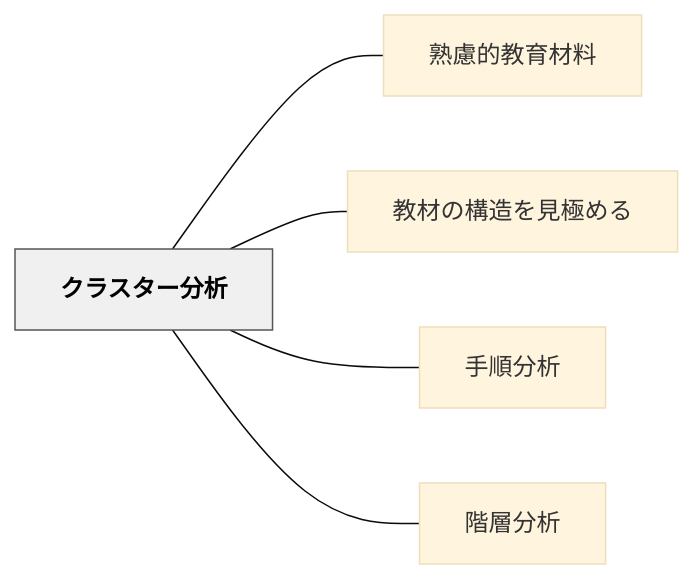
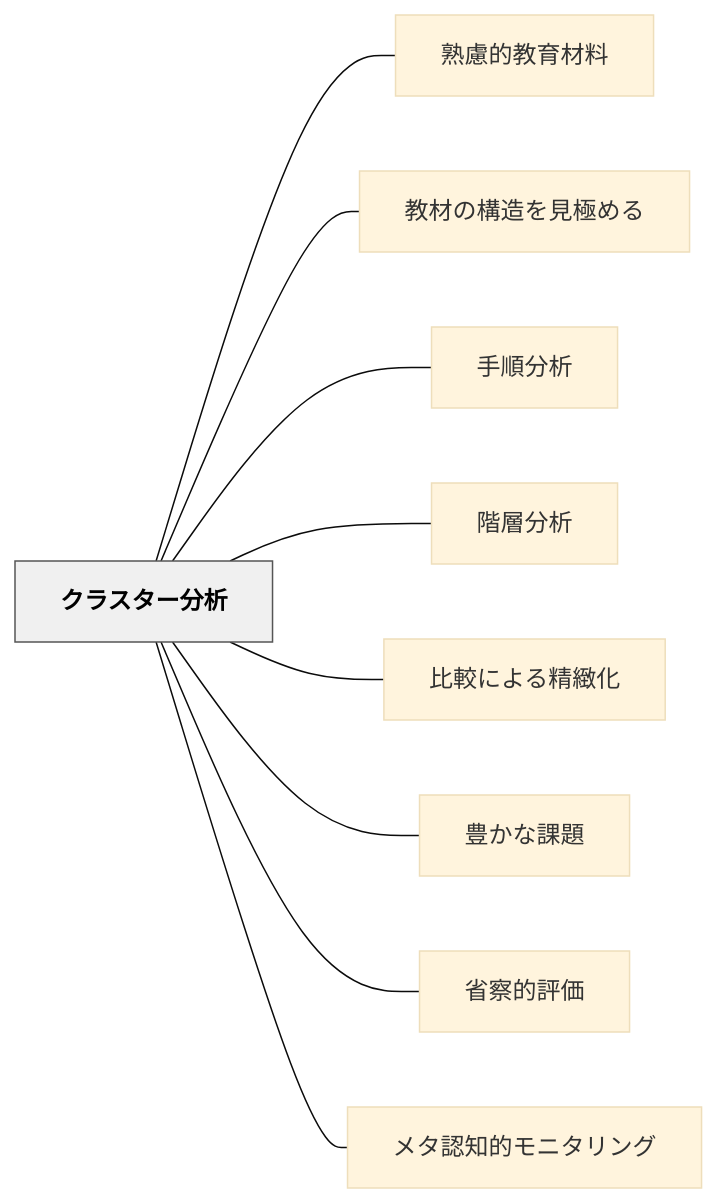
Before and after one commit to unknownthings-ed-patterns/unknownthings-ed-patterns: the diagram in content/パタン/クラスター分析.md, drawn with Mermaid (base theme). The commit also changed other lines of this file and 36 other files, not shown here.

````diff
--- a/content/パタン/クラスター分析.md
+++ b/content/パタン/クラスター分析.md
@@ -44,16 +48,24 @@
 ```mermaid
 flowchart LR
     ne382afe383a9e382b9e382bfe383bce58886e69e90["クラスター分析"]
     ne7869fe685aee79a84e69599e882b2e69d90e69699["熟慮的教育材料"]
     ne69599e69d90e381aee6a78be980a0e38292e8a68be6a5b5e38281e3828b["教材の構造を見極める"]
     ne6898be9a086e58886e69e90["手順分析"]
     ne99a8ee5b1a4e58886e69e90["階層分析"]
+    ne6af94e8bc83e381abe38288e3828be7b2bee7b7bbe58c96["比較による精緻化"]
+    ne8b18ae3818be381aae8aab2e9a18c["豊かな課題"]
+    ne79c81e5af9fe79a84e8a995e4bea1["省察的評価"]
+    ne383a1e382bfe8aa8de79fa5e79a84e383a2e3838be382bfe383aae383b3e382b0["メタ認知的モニタリング"]
 
     ne382afe383a9e382b9e382bfe383bce58886e69e90 --- ne7869fe685aee79a84e69599e882b2e69d90e69699
     ne382afe383a9e382b9e382bfe383bce58886e69e90 --- ne69599e69d90e381aee6a78be980a0e38292e8a68be6a5b5e38281e3828b
     ne382afe383a9e382b9e382bfe383bce58886e69e90 --- ne6898be9a086e58886e69e90
     ne382afe383a9e382b9e382bfe383bce58886e69e90 --- ne99a8ee5b1a4e58886e69e90
+    ne382afe383a9e382b9e382bfe383bce58886e69e90 --- ne6af94e8bc83e381abe38288e3828be7b2bee7b7bbe58c96
+    ne382afe383a9e382b9e382bfe383bce58886e69e90 --- ne8b18ae3818be381aae8aab2e9a18c
+    ne382afe383a9e382b9e382bfe383bce58886e69e90 --- ne79c81e5af9fe79a84e8a995e4bea1
+    ne382afe383a9e382b9e382bfe383bce58886e69e90 --- ne383a1e382bfe8aa8de79fa5e79a84e383a2e3838be382bfe383aae383b3e382b0
 
     classDef hub fill:#f0f0f0,stroke:#555,color:#000,font-weight:bold
     class ne382afe383a9e382b9e382bfe383bce58886e69e90 hub
 ```
````
